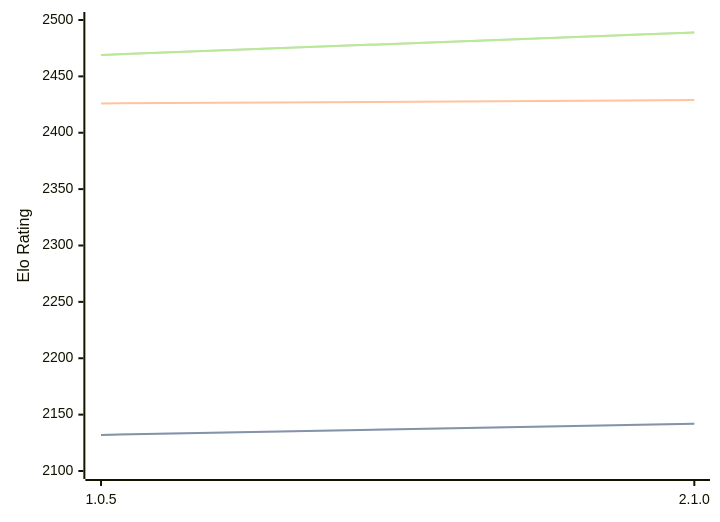
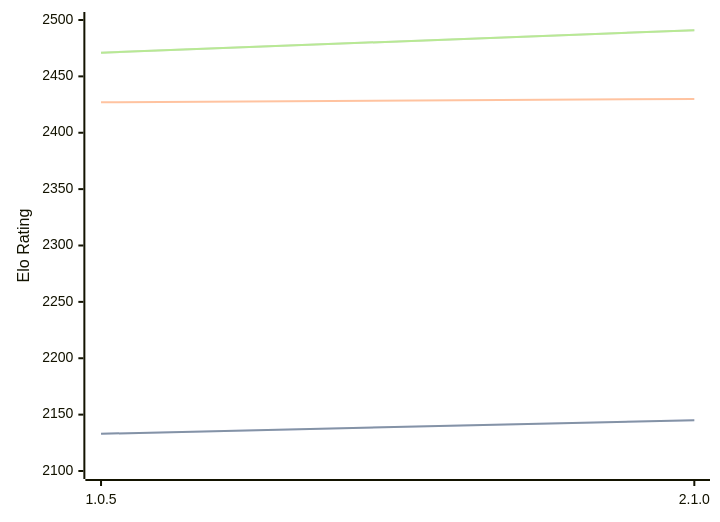
The diagram in engines/Ruffian.md (computer-chess-index/cci), drawn with Mermaid before and after one commit. The commit also changed other lines of this file, not shown here.

Commit message:
Update CCI Ratings (ELO VLTC) - 2026-08-15

````diff
--- a/engines/Ruffian.md
+++ b/engines/Ruffian.md
@@ -32,11 +32,11 @@
 ```mermaid
 %%{init: {"theme":"base","themeVariables":{"seriesColors:['#a3a3a3','#222221','#faa371']}}}%%
 xychart-beta
   x-axis ["1.0.5", "2.1.0"]
   y-axis "Elo Rating" 2100 --> 2500
-  line "STC (8.0+0.08s)" [2132, 2142]
-  line "STC (8.0+0.08s)" [2132, 2142]
-  line "LTC (60.0+0.60s)" [2426, 2429]
-  line "VLTC (2m24s+1.12s)" [2469, 2489]
-  line "VLTC (2m24s+1.12s)" [2469, 2489]
+  line "STC (8.0+0.08s)" [2133, 2145]
+  line "STC (8.0+0.08s)" [2133, 2145]
+  line "LTC (60.0+0.60s)" [2427, 2430]
+  line "VLTC (2m24s+1.12s)" [2471, 2491]
+  line "VLTC (2m24s+1.12s)" [2471, 2491]
 ```
````
